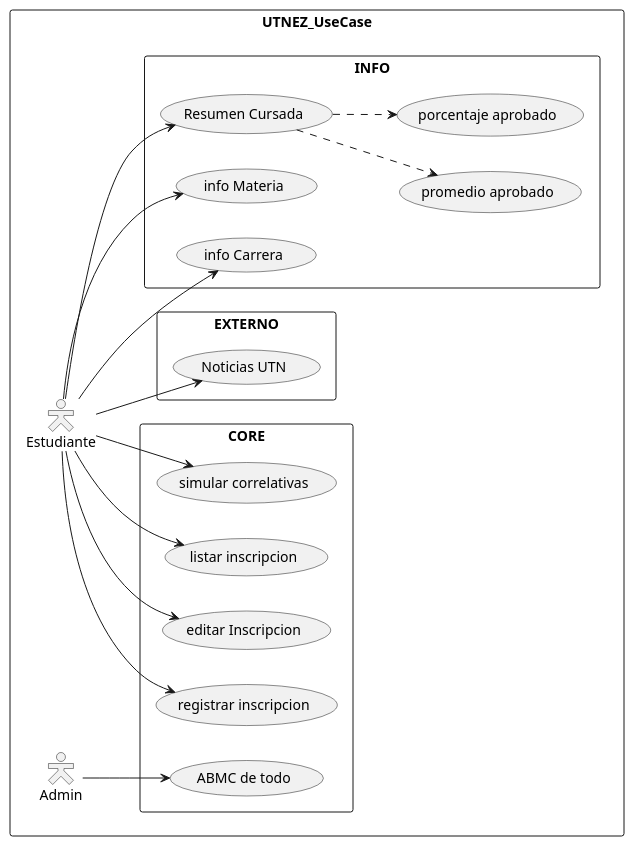
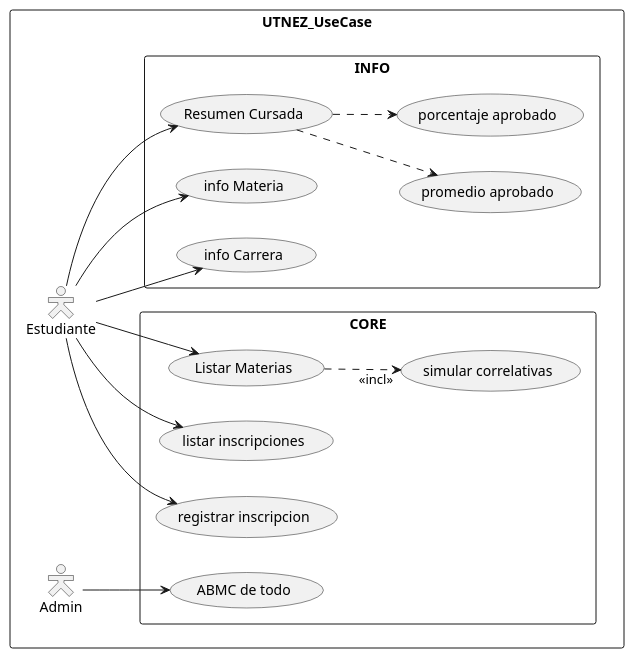
Before and after one commit to EmilianoM7/UTN_EZ: the diagram in Documentation/UTNEZ_UseCase.puml, drawn with PlantUML. The commit also changed 15 other files, not shown here.

```diff
--- a/Documentation/UTNEZ_UseCase.puml
+++ b/Documentation/UTNEZ_UseCase.puml
@@ -1,38 +1,35 @@
 @startuml
 
 ' --- SKIN ---
 
 skinparam actorStyle Hollow
 left to right direction
 
 ' --- DIAGRAMA ---
 
 rectangle UTNEZ_UseCase{
 
     :Estudiante: as E
     :Admin: as A
 
     rectangle CORE{
-        E --> (simular correlativas)
-        E --> (listar inscripcion)
-        E --> (editar Inscripcion)
+        (Listar Materias) as lm
+        E --> lm
+        lm ..> "<<incl>>" (simular correlativas)
+        E --> (listar inscripciones)
         E --> (registrar inscripcion)
         A --> (ABMC de todo)
-    }
-
-    rectangle EXTERNO{
-        E --> (Noticias UTN)
     }
 
     rectangle INFO{
         (Resumen Cursada) as rc
         E --> rc
         rc ..> (promedio aprobado)
         rc ..> (porcentaje aprobado)
         E --> (info Materia)
         E --> (info Carrera)
     }
 }
 
 
 @enduml
```
